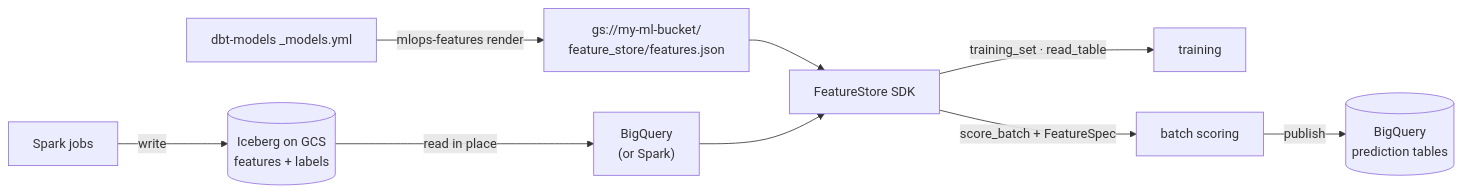
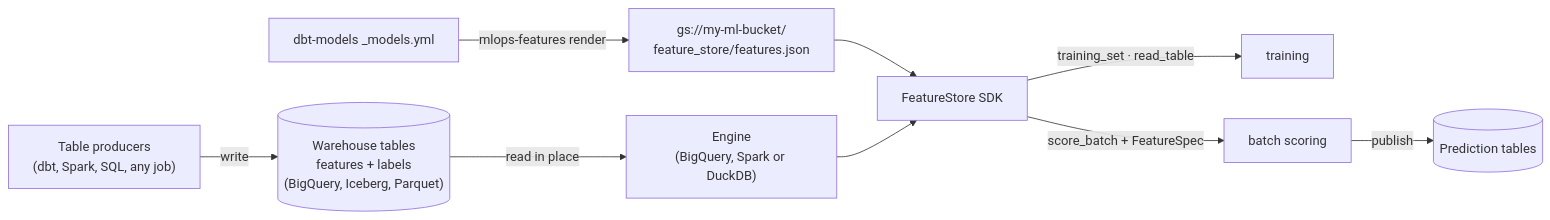
One commit to hankniel/gcpbricks changed the second of 3 diagrams in docs/architecture.md. Above: the diagram before and after it, drawn with Mermaid. The commit also changed other lines of this file and 40 other files, not shown here.

````diff
--- a/docs/architecture.md
+++ b/docs/architecture.md
@@ -67,11 +67,11 @@
 ```mermaid
 flowchart LR
-  SPARK["Spark jobs"] -- "write" --> ICE[("Iceberg on GCS<br/>features + labels")]
-  ICE -- "read in place" --> BQ["BigQuery<br/>(or Spark)"]
+  PROD["Table producers<br/>(dbt, Spark, SQL, any job)"] -- "write" --> TBL[("Warehouse tables<br/>features + labels<br/>(BigQuery, Iceberg, Parquet)")]
+  TBL -- "read in place" --> ENG["Engine<br/>(BigQuery, Spark or DuckDB)"]
   DBTML["dbt-models _models.yml"] -- "mlops-features render" --> JSON["gs://my-ml-bucket/<br/>feature_store/features.json"]
   JSON --> SDK["FeatureStore SDK"]
-  BQ --> SDK
+  ENG --> SDK
   SDK -- "training_set · read_table" --> TRAIN["training"]
   SDK -- "score_batch + FeatureSpec" --> SERVE["batch scoring"]
-  SERVE -- "publish" --> PRED[("BigQuery<br/>prediction tables")]
+  SERVE -- "publish" --> PRED[("Prediction tables")]
 ```
````
